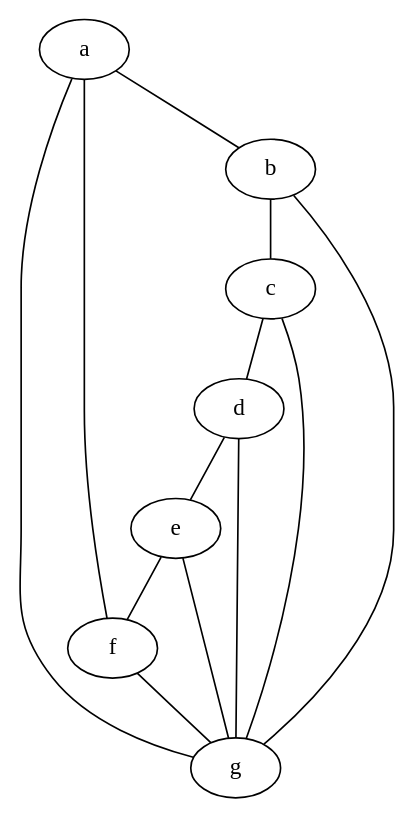
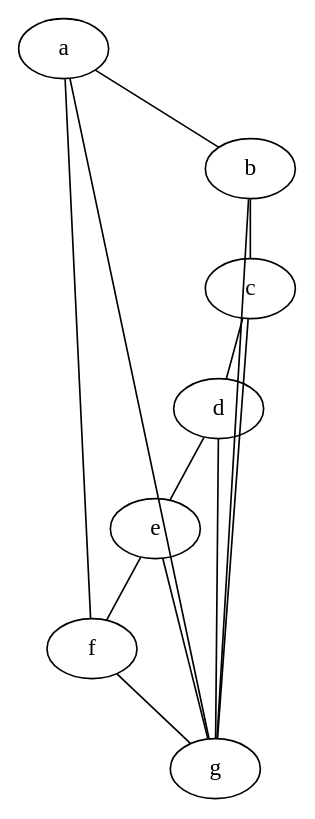
The diagram in unitn/fondamenti_matematici_per_informatica/08 - Esercitazioni.md (SamueleFacenda/obsidian), drawn with Graphviz before and after one commit.

Commit message:
vault backup auto nixos: 2024-05-20 16:46:41

````diff
--- a/unitn/fondamenti_matematici_per_informatica/08 - Esercitazioni.md
+++ b/unitn/fondamenti_matematici_per_informatica/08 - Esercitazioni.md
@@ -9,16 +9,17 @@
 ```dot
 graph {
+	graph [splines=line]
 	a -- b
 	a -- g
 	a -- f
 	b -- g
 	b -- c
 	c -- g
 	c -- d
 	d -- g
 	d -- e
 	e -- g
 	e -- f
 	f -- g
 }
 ```
````
